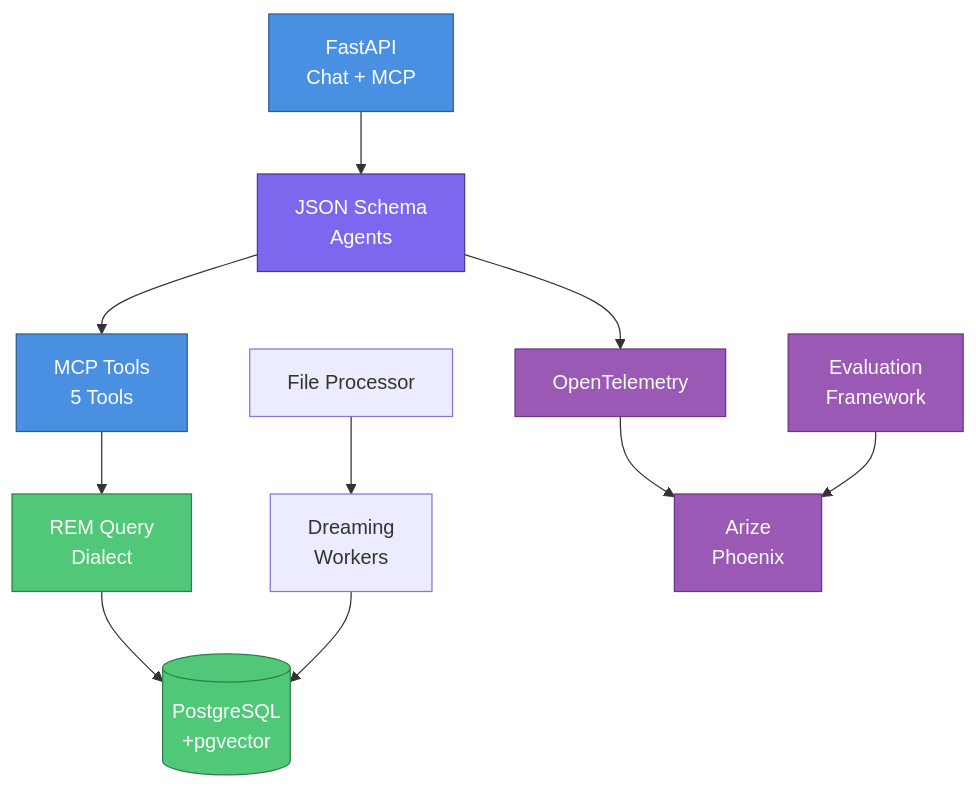
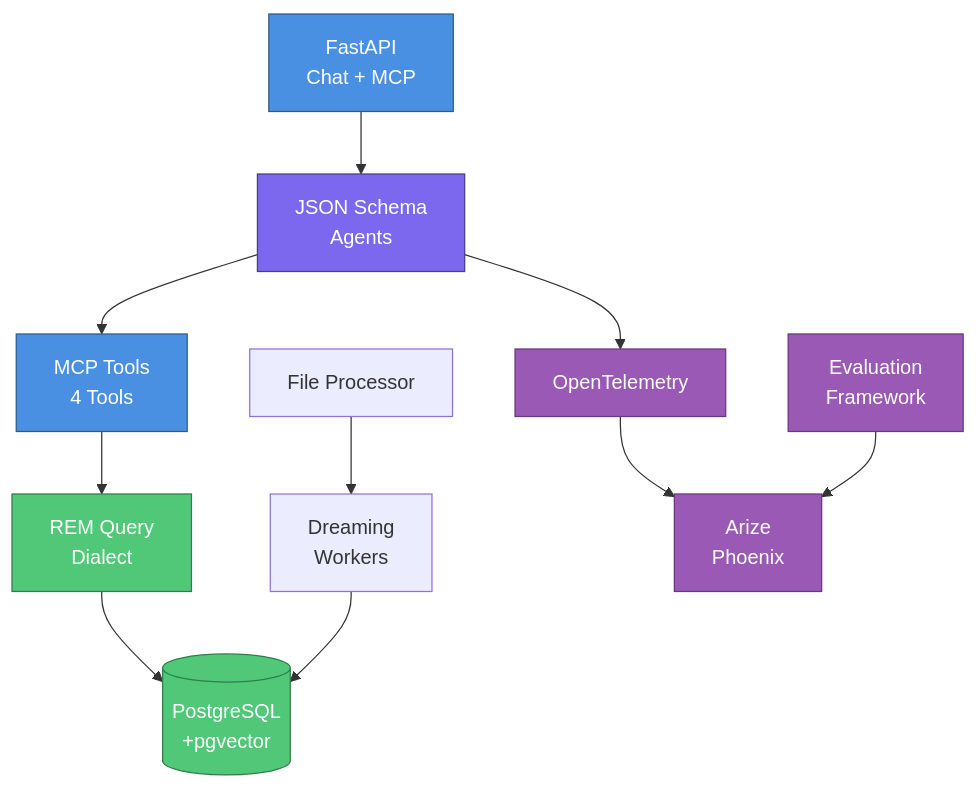
The diagram in README.md (Percolation-Labs/reminiscent), drawn with Mermaid before and after one commit. The commit also changed other lines of this file and 4 other files, not shown here.

````diff
--- a/README.md
+++ b/README.md
@@ -86,26 +90,26 @@
 ```mermaid
 graph TD
     API[FastAPI<br/>Chat + MCP] --> AGENTS[JSON Schema<br/>Agents]
-    AGENTS --> TOOLS[MCP Tools<br/>5 Tools]
+    AGENTS --> TOOLS[MCP Tools<br/>4 Tools]
 
     TOOLS --> QUERY[REM Query<br/>Dialect]
     QUERY --> DB[(PostgreSQL<br/>+pgvector)]
 
     FILES[File Processor] --> DREAM[Dreaming<br/>Workers]
     DREAM --> DB
 
     AGENTS --> OTEL[OpenTelemetry]
     OTEL --> PHOENIX[Arize<br/>Phoenix]
 
     EVAL[Evaluation<br/>Framework] --> PHOENIX
 
     classDef api fill:#4A90E2,stroke:#2E5C8A,color:#fff
     classDef agent fill:#7B68EE,stroke:#483D8B,color:#fff
     classDef db fill:#50C878,stroke:#2E7D4E,color:#fff
     classDef obs fill:#9B59B6,stroke:#6C3483,color:#fff
 
     class API,TOOLS api
     class AGENTS agent
     class DB,QUERY db
     class OTEL,PHOENIX,EVAL obs
 ```
````
